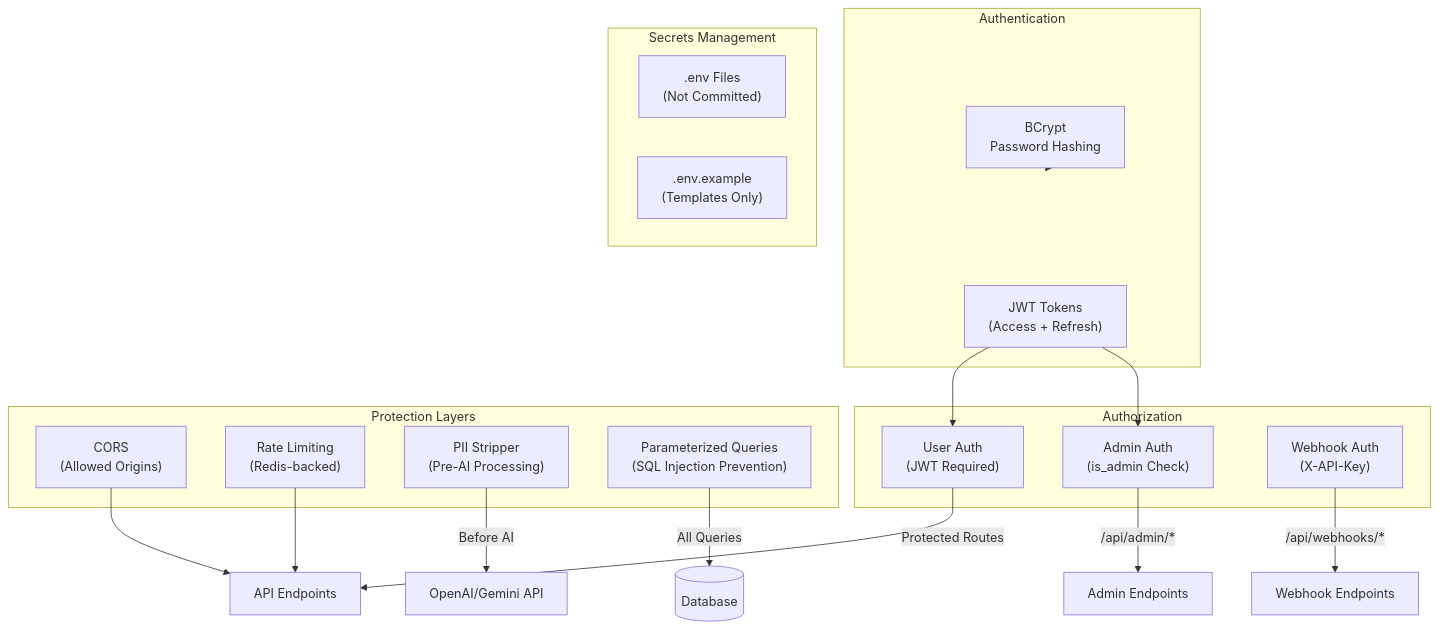
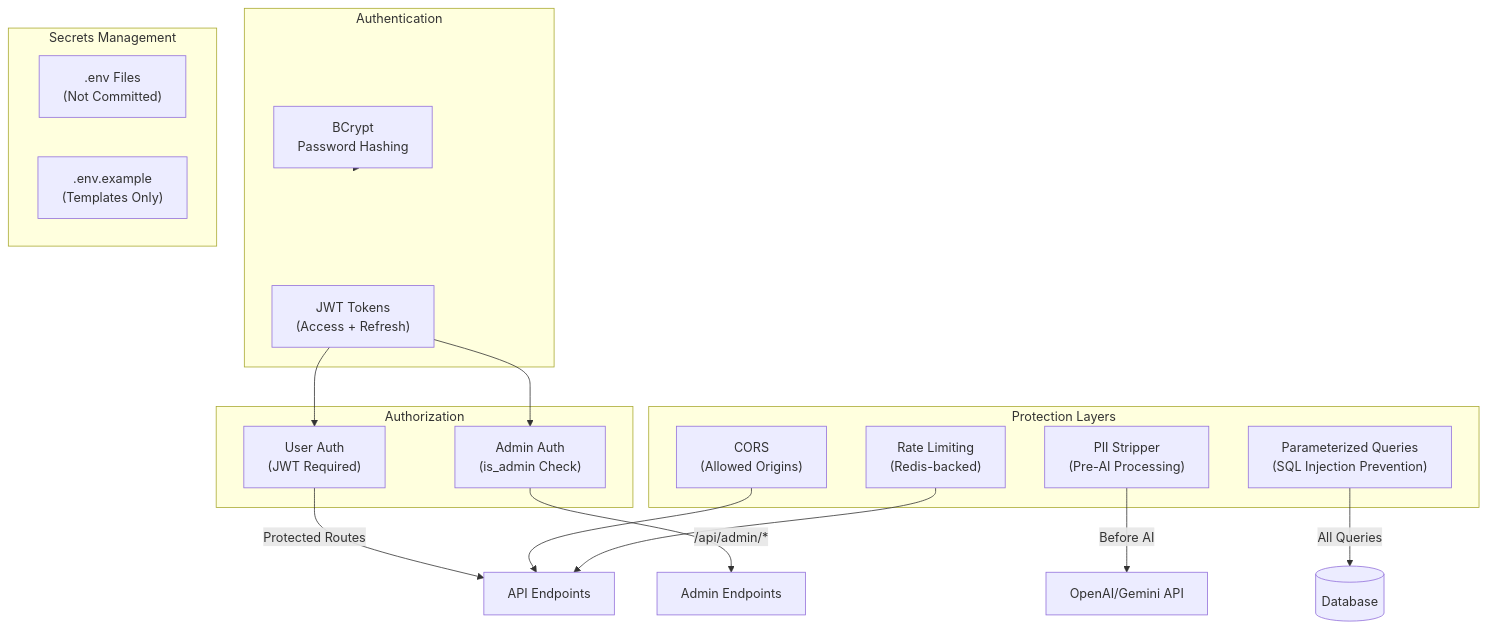
One commit to Sungchunn/AI-Resume-Tailor changed diagram 31 of 33 in docs/architecture/system-architecture.md. Above: the diagram before and after it, drawn with Mermaid. The commit also changed other lines of this file and 6 other files, not shown here.

````diff
--- a/docs/architecture/system-architecture.md
+++ b/docs/architecture/system-architecture.md
@@ -1837,38 +1814,36 @@
 ```mermaid
 flowchart TB
     subgraph Auth["Authentication"]
         JWT["JWT Tokens<br/>(Access + Refresh)"]
         BCrypt["BCrypt<br/>Password Hashing"]
     end
 
     subgraph Authorization["Authorization"]
         UserAuth["User Auth<br/>(JWT Required)"]
         AdminAuth["Admin Auth<br/>(is_admin Check)"]
-        WebhookAuth["Webhook Auth<br/>(X-API-Key)"]
     end
 
     subgraph Protection["Protection Layers"]
         CORS["CORS<br/>(Allowed Origins)"]
         RateLimit["Rate Limiting<br/>(Redis-backed)"]
         PII["PII Stripper<br/>(Pre-AI Processing)"]
         Param["Parameterized Queries<br/>(SQL Injection Prevention)"]
     end
 
     subgraph Secrets["Secrets Management"]
         Env[".env Files<br/>(Not Committed)"]
         Example[".env.example<br/>(Templates Only)"]
     end
 
     JWT --> UserAuth
     JWT --> AdminAuth
     BCrypt --> Auth
 
     UserAuth --> |"Protected Routes"| API["API Endpoints"]
     AdminAuth --> |"/api/admin/*"| AdminAPI["Admin Endpoints"]
-    WebhookAuth --> |"/api/webhooks/*"| WebhookAPI["Webhook Endpoints"]
 
     CORS --> API
     RateLimit --> API
     PII --> |"Before AI"| AIProvider["OpenAI/Gemini API"]
     Param --> |"All Queries"| DB[(Database)]
 ```
````
